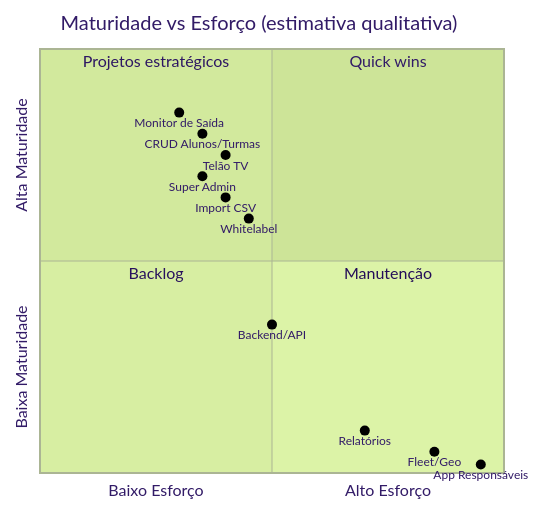
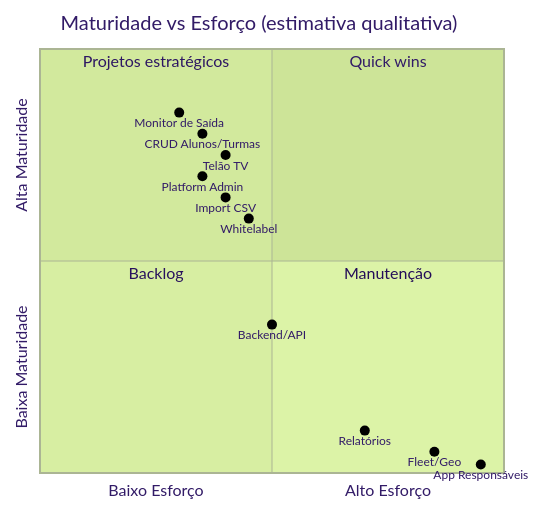
Before and after one commit to wesleytj/smart-exit-school: the diagram in docs/roadmap.md, drawn with Mermaid (forest theme). The commit also changed other lines of this file and 18 other files, not shown here.

````diff
--- a/docs/roadmap.md
+++ b/docs/roadmap.md
@@ -69,21 +69,21 @@
 ```mermaid
 quadrantChart
     title Maturidade vs Esforço (estimativa qualitativa)
     x-axis Baixo Esforço --> Alto Esforço
     y-axis Baixa Maturidade --> Alta Maturidade
     quadrant-1 Quick wins
     quadrant-2 Projetos estratégicos
     quadrant-3 Backlog
     quadrant-4 Manutenção
 
     Monitor de Saída: [0.3, 0.85]
     CRUD Alunos/Turmas: [0.35, 0.8]
     Telão TV: [0.4, 0.75]
     Whitelabel: [0.45, 0.6]
-    Super Admin: [0.35, 0.7]
+    Platform Admin: [0.35, 0.7]
     Import CSV: [0.4, 0.65]
     Backend/API: [0.5, 0.35]
     App Responsáveis: [0.95, 0.02]
     Relatórios: [0.7, 0.1]
     Fleet/Geo: [0.85, 0.05]
 ```
````
